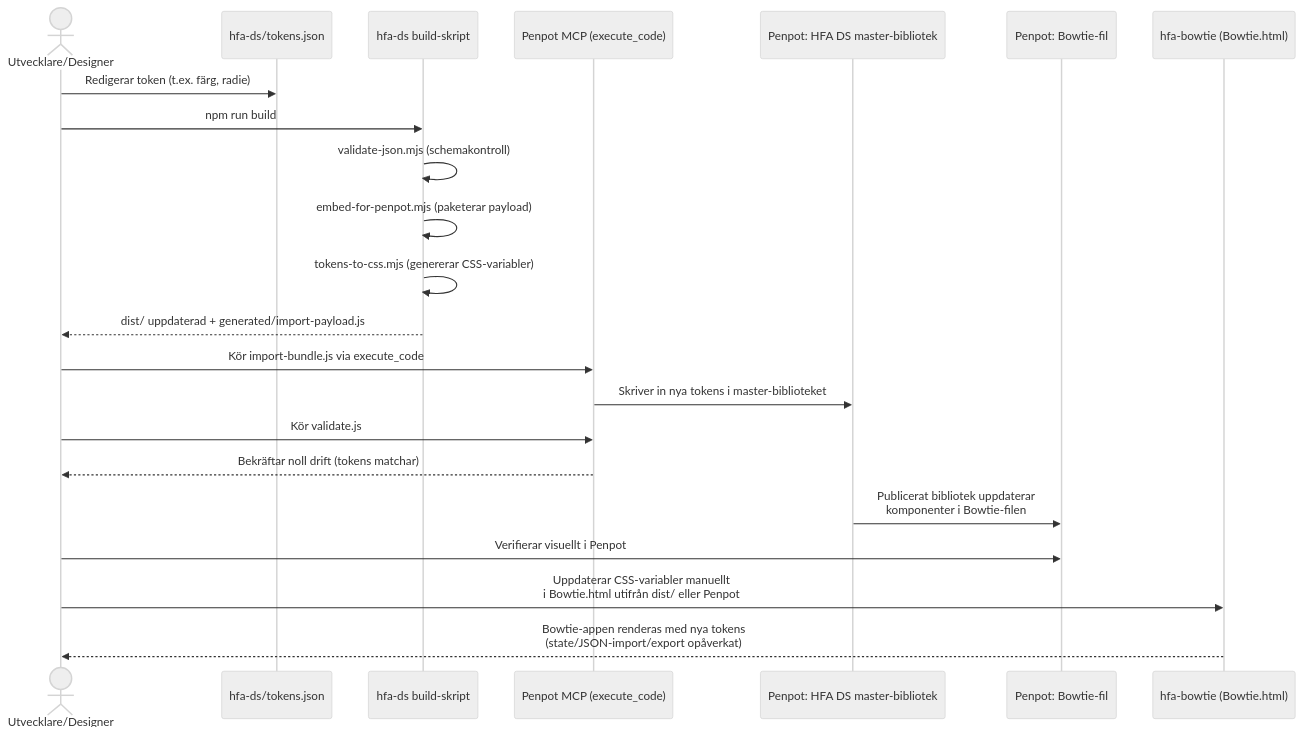
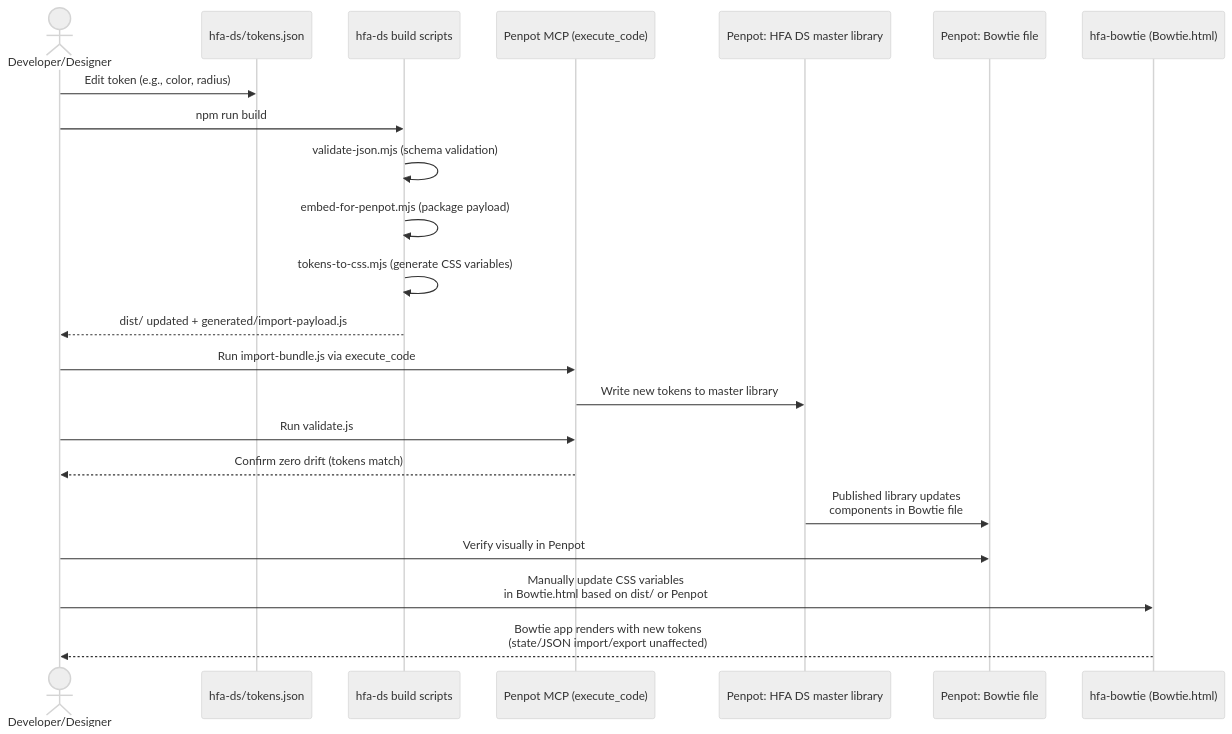
The second of 2 diagrams in ARCHITECTURE.md (larswpettersson/hfa-ds), drawn with Mermaid (neutral theme) before and after one commit. The commit also changed other lines of this file and 1 other file, not shown here.

First line of the commit message:
Translate ARCHITECTURE.md to English and preserve Swedish version as arkitektur.md

````diff
--- a/ARCHITECTURE.md
+++ b/ARCHITECTURE.md
@@ -75,28 +75,28 @@
 ```mermaid
 sequenceDiagram
-    actor Dev as Utvecklare/Designer
+    actor Dev as Developer/Designer
     participant Tokens as hfa-ds/tokens.json
-    participant Build as hfa-ds build-skript
+    participant Build as hfa-ds build scripts
     participant MCP as Penpot MCP (execute_code)
-    participant Master as Penpot: HFA DS master-bibliotek
-    participant AppFile as Penpot: Bowtie-fil
+    participant Master as Penpot: HFA DS master library
+    participant AppFile as Penpot: Bowtie file
     participant Repo as hfa-bowtie (Bowtie.html)
 
-    Dev->>Tokens: Redigerar token (t.ex. färg, radie)
+    Dev->>Tokens: Edit token (e.g., color, radius)
     Dev->>Build: npm run build
-    Build->>Build: validate-json.mjs (schemakontroll)
-    Build->>Build: embed-for-penpot.mjs (paketerar payload)
-    Build->>Build: tokens-to-css.mjs (genererar CSS-variabler)
-    Build-->>Dev: dist/ uppdaterad + generated/import-payload.js
+    Build->>Build: validate-json.mjs (schema validation)
+    Build->>Build: embed-for-penpot.mjs (package payload)
+    Build->>Build: tokens-to-css.mjs (generate CSS variables)
+    Build-->>Dev: dist/ updated + generated/import-payload.js
 
-    Dev->>MCP: Kör import-bundle.js via execute_code
-    MCP->>Master: Skriver in nya tokens i master-biblioteket
-    Dev->>MCP: Kör validate.js
-    MCP-->>Dev: Bekräftar noll drift (tokens matchar)
+    Dev->>MCP: Run import-bundle.js via execute_code
+    MCP->>Master: Write new tokens to master library
+    Dev->>MCP: Run validate.js
+    MCP-->>Dev: Confirm zero drift (tokens match)
 
-    Master->>AppFile: Publicerat bibliotek uppdaterar<br/>komponenter i Bowtie-filen
-    Dev->>AppFile: Verifierar visuellt i Penpot
+    Master->>AppFile: Published library updates<br/>components in Bowtie file
+    Dev->>AppFile: Verify visually in Penpot
 
-    Dev->>Repo: Uppdaterar CSS-variabler manuellt<br/>i Bowtie.html utifrån dist/ eller Penpot
-    Repo-->>Dev: Bowtie-appen renderas med nya tokens<br/>(state/JSON-import/export opåverkat)
+    Dev->>Repo: Manually update CSS variables<br/>in Bowtie.html based on dist/ or Penpot
+    Repo-->>Dev: Bowtie app renders with new tokens<br/>(state/JSON import/export unaffected)
 ```
````
